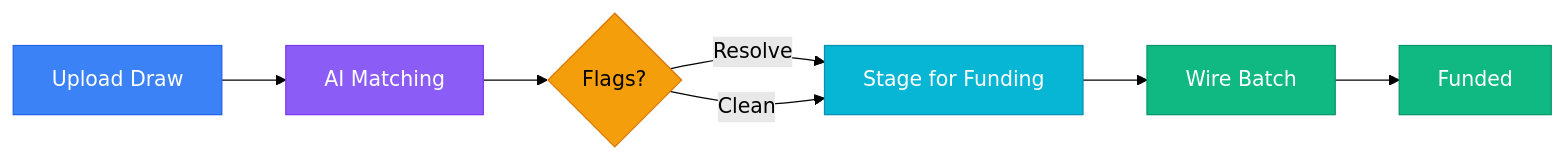
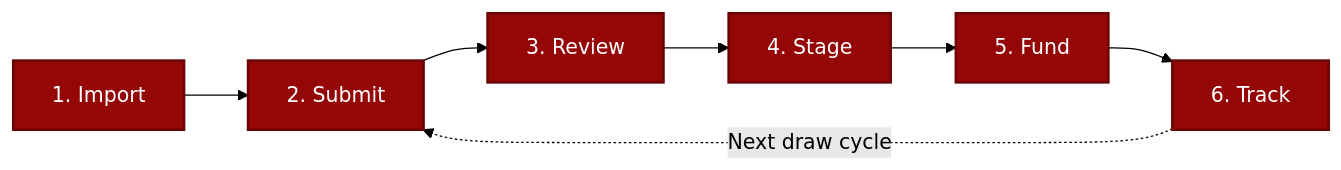
Before and after one commit to grysngrhm-tech/TD3: the diagram in README.md, drawn with Mermaid (forest theme). The commit also changed other lines of this file, not shown here.

First line of the commit message:
docs: rebuild README as front-door narrative, deduplicate from ARCHITECTURE.md

````diff
--- a/README.md
+++ b/README.md
@@ -154,15 +95,14 @@
 ```mermaid
 flowchart LR
-    classDef upload fill:#3b82f6,color:#fff,stroke:#2563eb
-    classDef ai fill:#8b5cf6,color:#fff,stroke:#7c3aed
-    classDef review fill:#f59e0b,color:#000,stroke:#d97706
-    classDef stage fill:#06b6d4,color:#fff,stroke:#0891b2
-    classDef fund fill:#10b981,color:#fff,stroke:#059669
+    classDef step fill:#950606,color:#fff,stroke:#6b0404,stroke-width:2px
 
-    A["Upload Draw"]:::upload --> B["AI Matching"]:::ai
-    B --> C{"Flags?"}:::review
-    C -->|Resolve| D["Stage for Funding"]:::stage
-    C -->|Clean| D
-    D --> E["Wire Batch"]:::fund
-    E --> F["Funded"]:::fund
+    A["1. Import"]:::step
+    B["2. Submit"]:::step
+    C["3. Review"]:::step
+    D["4. Stage"]:::step
+    E["5. Fund"]:::step
+    F["6. Track"]:::step
+
+    A --> B --> C --> D --> E --> F
+    F -.->|"Next draw cycle"| B
 ```
````
